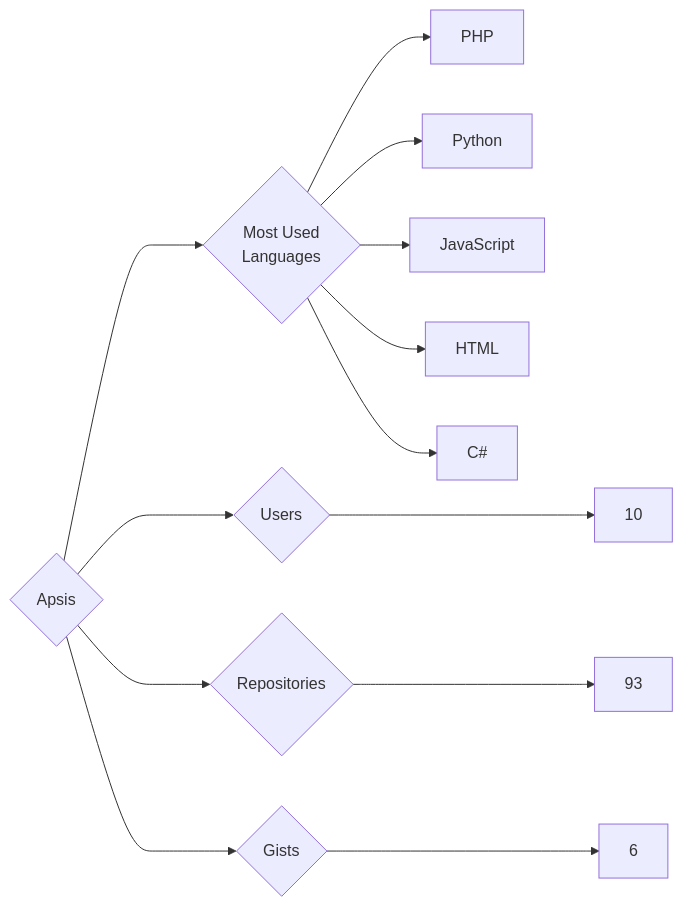
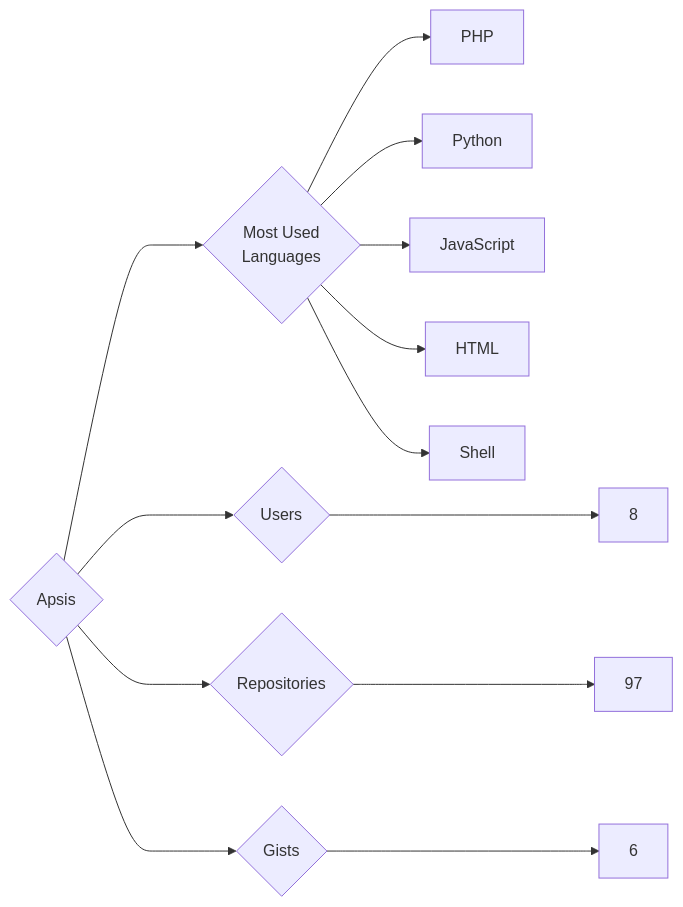
One commit to trickest/insiders changed the diagram in targets/Apsis/README.md. Above: the diagram before and after it, drawn with Mermaid. The commit also changed 840 other files, not shown here.

````diff
--- a/targets/Apsis/README.md
+++ b/targets/Apsis/README.md
@@ -3,13 +3,13 @@
 ```mermaid
 graph LR
 COMPANY_NAME{Apsis}
-COMPANY_NAME ---> U{Users} ---> UN[10]
-COMPANY_NAME ---> R{Repositories} ---> RN[93]
+COMPANY_NAME ---> U{Users} ---> UN[8]
+COMPANY_NAME ---> R{Repositories} ---> RN[97]
 COMPANY_NAME ---> G{Gists} ---> GN[6]
 COMPANY_NAME ---> ML{Most Used<br>Languages}
 ML --> PHP[PHP]
 ML --> Python[Python]
 ML --> JavaScript[JavaScript]
 ML --> HTML[HTML]
-ML --> C#[C#]
+ML --> Shell[Shell]
 ```
````
